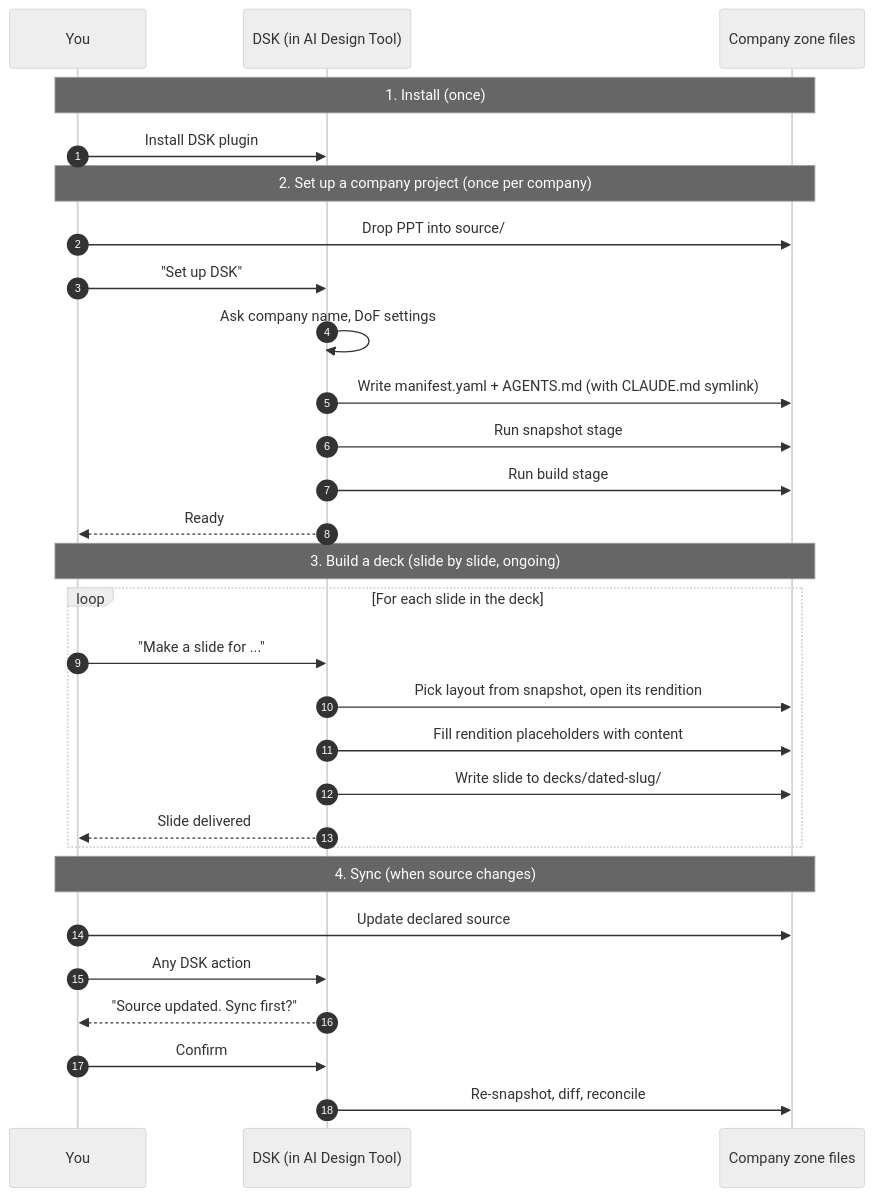
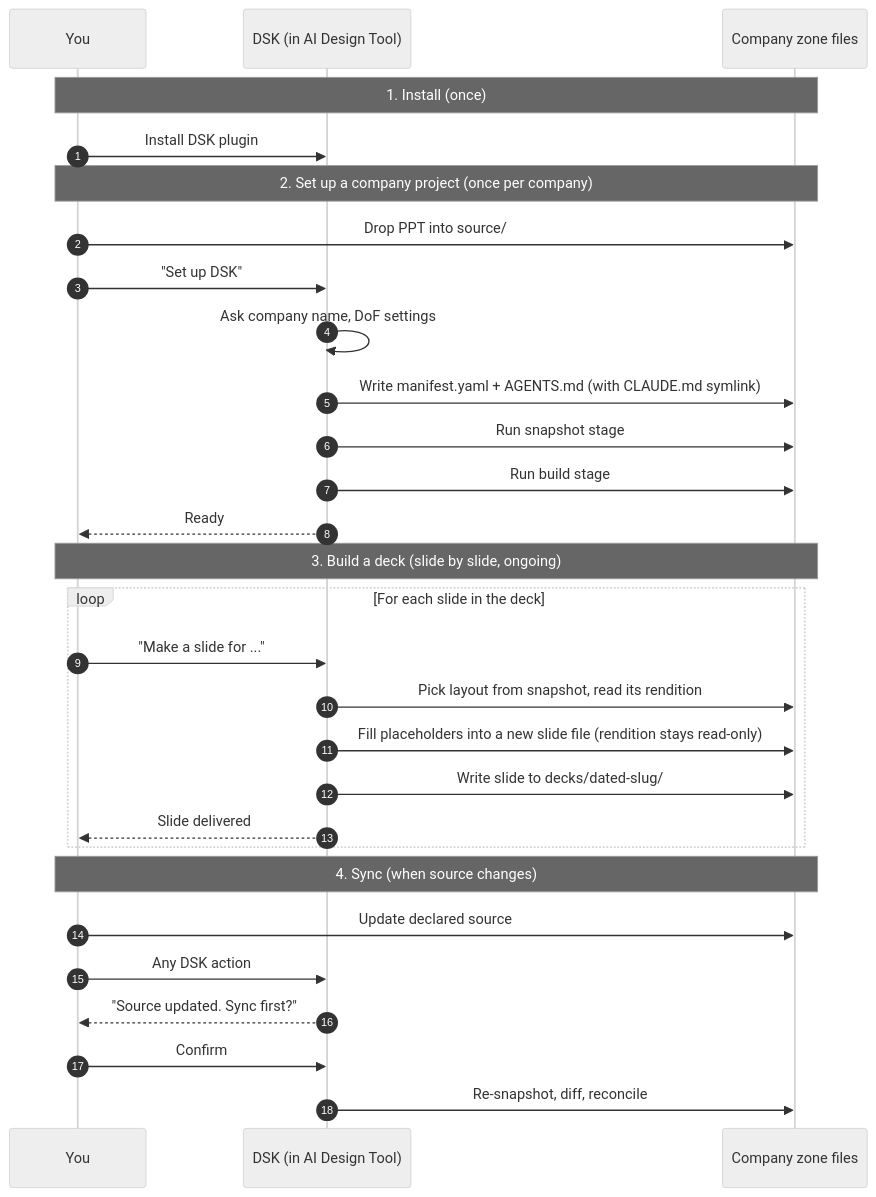
The first of 5 diagrams in dsk/skills/context/lifecycles.md (dawid-dahl-umain/design-system-kernel), drawn with Mermaid (neutral theme) before and after one commit. The commit also changed 3 other files, not shown here.

Commit message:
Make rendition read/write semantics explicit: compose reads only, refine is the sole modifier, build creates, sync regenerates — closes a doc-clarity gap so a fresh agent reading the docs gets the lifecycle right (bump 0.3.6)

````diff
--- a/dsk/skills/context/lifecycles.md
+++ b/dsk/skills/context/lifecycles.md
@@ -14,35 +14,35 @@
 ```mermaid
 sequenceDiagram
     autonumber
     participant You
     participant DSK as DSK (in AI Design Tool)
     participant Files as Company zone files
 
     Note over You,Files: 1. Install (once)
     You->>DSK: Install DSK plugin
 
     Note over You,Files: 2. Set up a company project (once per company)
     You->>Files: Drop PPT into source/
     You->>DSK: "Set up DSK"
     DSK->>DSK: Ask company name, DoF settings
     DSK->>Files: Write manifest.yaml + AGENTS.md (with CLAUDE.md symlink)
     DSK->>Files: Run snapshot stage
     DSK->>Files: Run build stage
     DSK-->>You: Ready
 
     Note over You,Files: 3. Build a deck (slide by slide, ongoing)
     loop For each slide in the deck
         You->>DSK: "Make a slide for ..."
-        DSK->>Files: Pick layout from snapshot, open its rendition
-        DSK->>Files: Fill rendition placeholders with content
+        DSK->>Files: Pick layout from snapshot, read its rendition
+        DSK->>Files: Fill placeholders into a new slide file (rendition stays read-only)
         DSK->>Files: Write slide to decks/dated-slug/
         DSK-->>You: Slide delivered
     end
 
     Note over You,Files: 4. Sync (when source changes)
     You->>Files: Update declared source
     You->>DSK: Any DSK action
     DSK-->>You: "Source updated. Sync first?"
     You->>DSK: Confirm
     DSK->>Files: Re-snapshot, diff, reconcile
 ```
````
